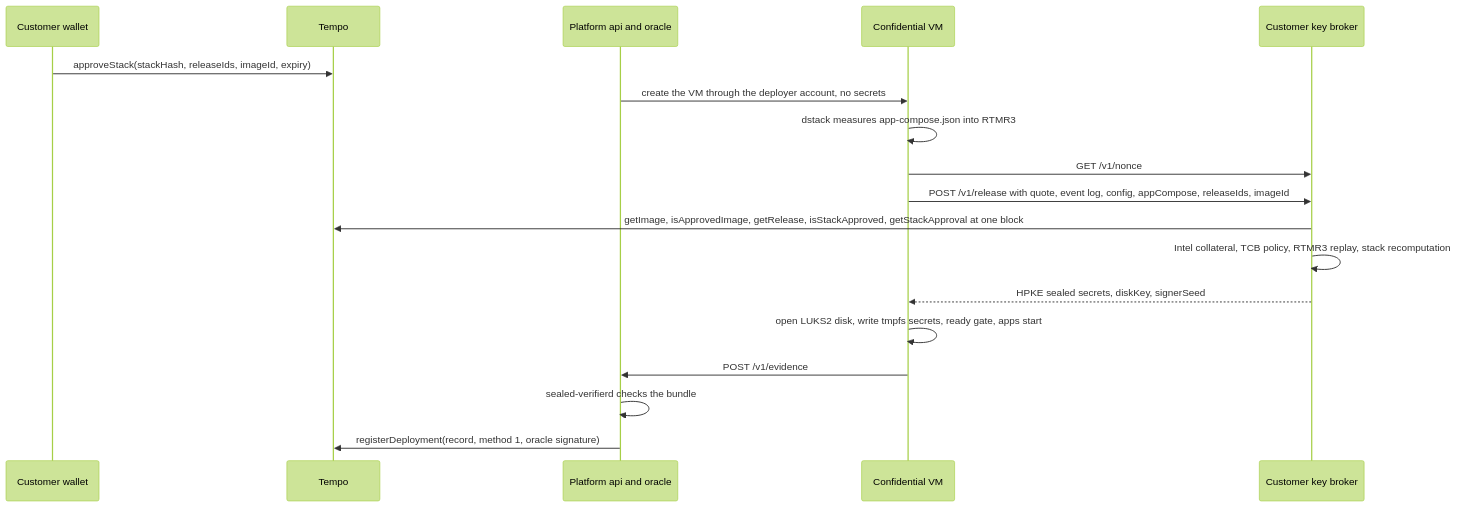
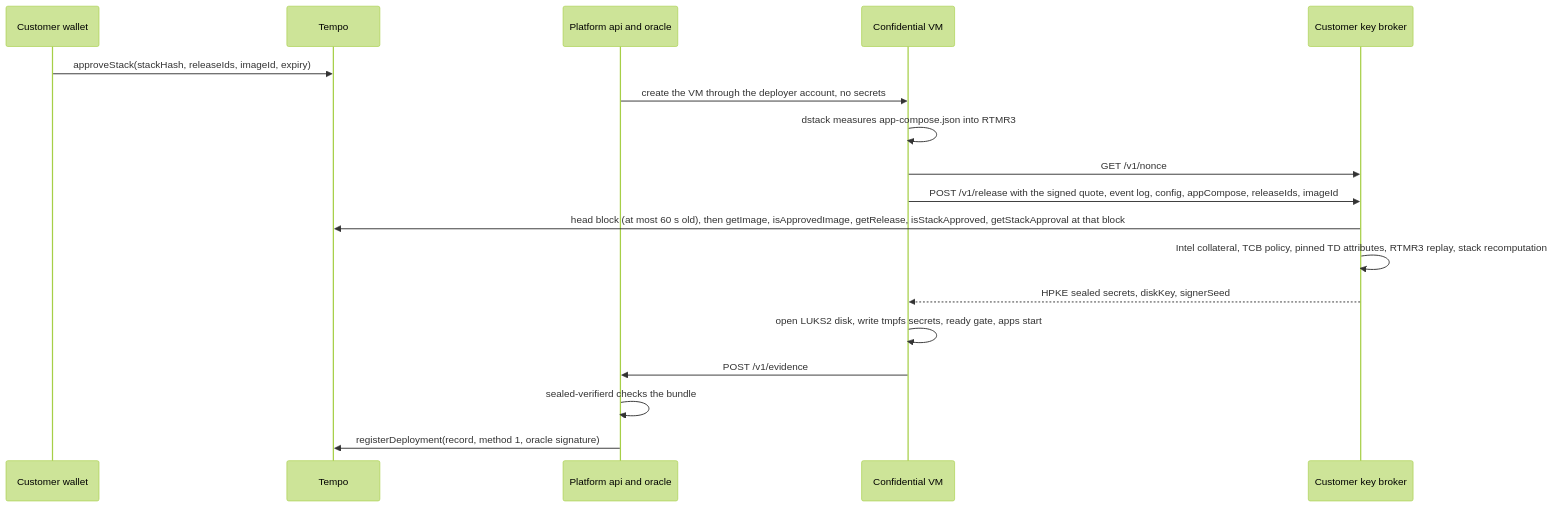
The second of 3 diagrams in docs/ARCHITECTURE.md (sealedtempo/sealed), drawn with Mermaid (forest theme) before and after one commit. The commit also changed other lines of this file and 2 other files, not shown here.

````diff
--- a/docs/ARCHITECTURE.md
+++ b/docs/ARCHITECTURE.md
@@ -129,20 +129,20 @@
 ```mermaid
 sequenceDiagram
   participant W as Customer wallet
   participant T as Tempo
   participant P as Platform api and oracle
   participant V as Confidential VM
   participant K as Customer key broker
   W->>T: approveStack(stackHash, releaseIds, imageId, expiry)
   P->>V: create the VM through the deployer account, no secrets
   V->>V: dstack measures app-compose.json into RTMR3
   V->>K: GET /v1/nonce
-  V->>K: POST /v1/release with quote, event log, config, appCompose, releaseIds, imageId
-  K->>T: getImage, isApprovedImage, getRelease, isStackApproved, getStackApproval at one block
-  K->>K: Intel collateral, TCB policy, RTMR3 replay, stack recomputation
+  V->>K: POST /v1/release with the signed quote, event log, config, appCompose, releaseIds, imageId
+  K->>T: head block (at most 60 s old), then getImage, isApprovedImage, getRelease, isStackApproved, getStackApproval at that block
+  K->>K: Intel collateral, TCB policy, pinned TD attributes, RTMR3 replay, stack recomputation
   K-->>V: HPKE sealed secrets, diskKey, signerSeed
   V->>V: open LUKS2 disk, write tmpfs secrets, ready gate, apps start
   V->>P: POST /v1/evidence
   P->>P: sealed-verifierd checks the bundle
   P->>T: registerDeployment(record, method 1, oracle signature)
 ```
````
